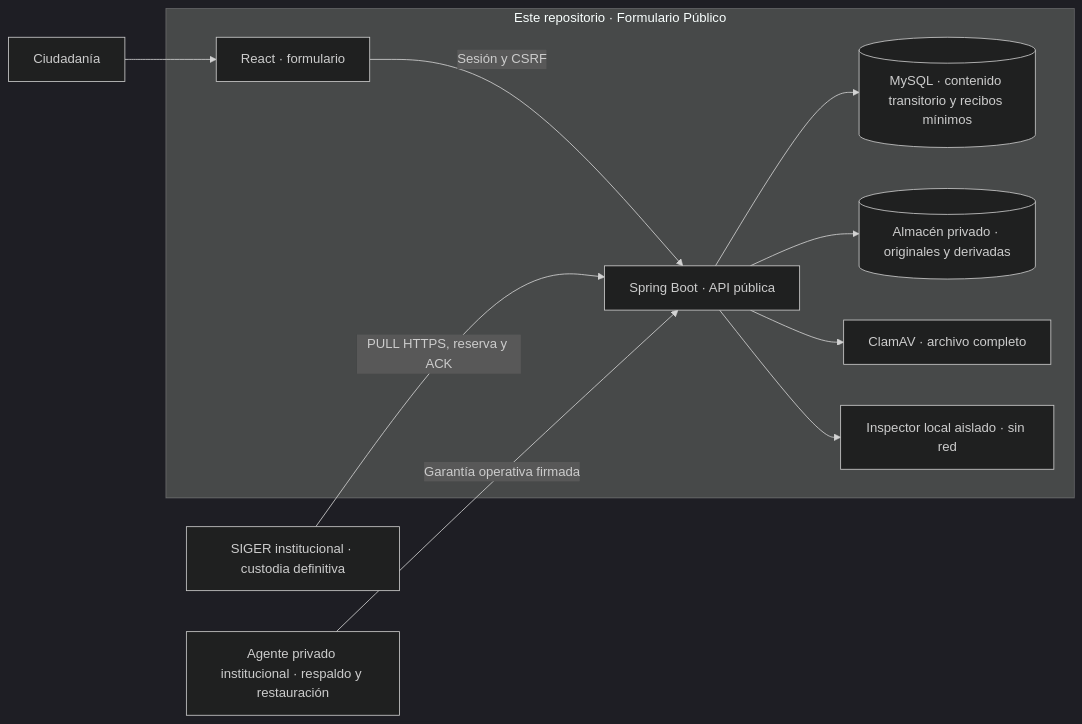
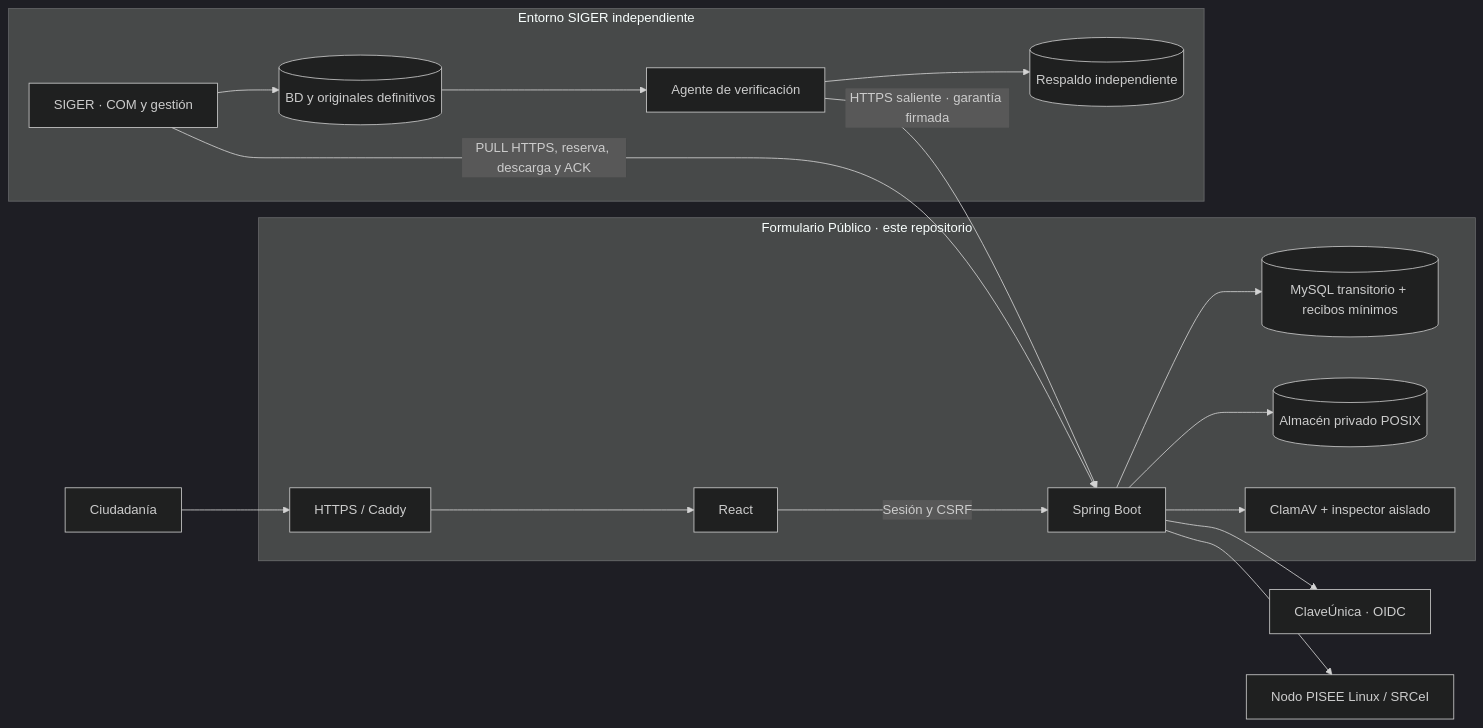
The first of 2 diagrams in README.md (chashmdai/formulario-web), drawn with Mermaid (dark theme) before and after one commit. The commit also changed other lines of this file and 8 other files, not shown here.

````diff
--- a/README.md
+++ b/README.md
@@ -43,13 +25,20 @@
 ```mermaid
 flowchart LR
-    Ciudadania[Ciudadanía] --> React[React · formulario]
-    subgraph Publico[Este repositorio · Formulario Público]
-        React -->|Sesión y CSRF| API[Spring Boot · API pública]
-        API --> DB[(MySQL · contenido transitorio y recibos mínimos)]
-        API --> Files[(Almacén privado · originales y derivadas)]
-        API --> AV[ClamAV · archivo completo]
-        API --> Inspector[Inspector local aislado · sin red]
-    end
-    SIGER[SIGER institucional · custodia definitiva] -->|PULL HTTPS, reserva y ACK| API
-    Agente[Agente privado institucional · respaldo y restauración] -->|Garantía operativa firmada| API
+  C[Ciudadanía] --> HTTPS[HTTPS / Caddy]
+  subgraph Publico[Formulario Público · este repositorio]
+    HTTPS --> R[React]
+    R -->|Sesión y CSRF| API[Spring Boot]
+    API --> DB[(MySQL transitorio + recibos mínimos)]
+    API --> FILES[(Almacén privado POSIX)]
+    API --> AV[ClamAV + inspector aislado]
+  end
+  API --> CU[ClaveÚnica · OIDC]
+  API --> PISEE[Nodo PISEE Linux / SRCeI]
+  subgraph Institucional[Entorno SIGER independiente]
+    SIGER[SIGER · COM y gestión] --> ARCH[(BD y originales definitivos)]
+    ARCH --> AG[Agente de verificación]
+    AG --> BK[(Respaldo independiente)]
+  end
+  SIGER -->|PULL HTTPS, reserva, descarga y ACK| API
+  AG -->|HTTPS saliente · garantía firmada| API
 ```
````
